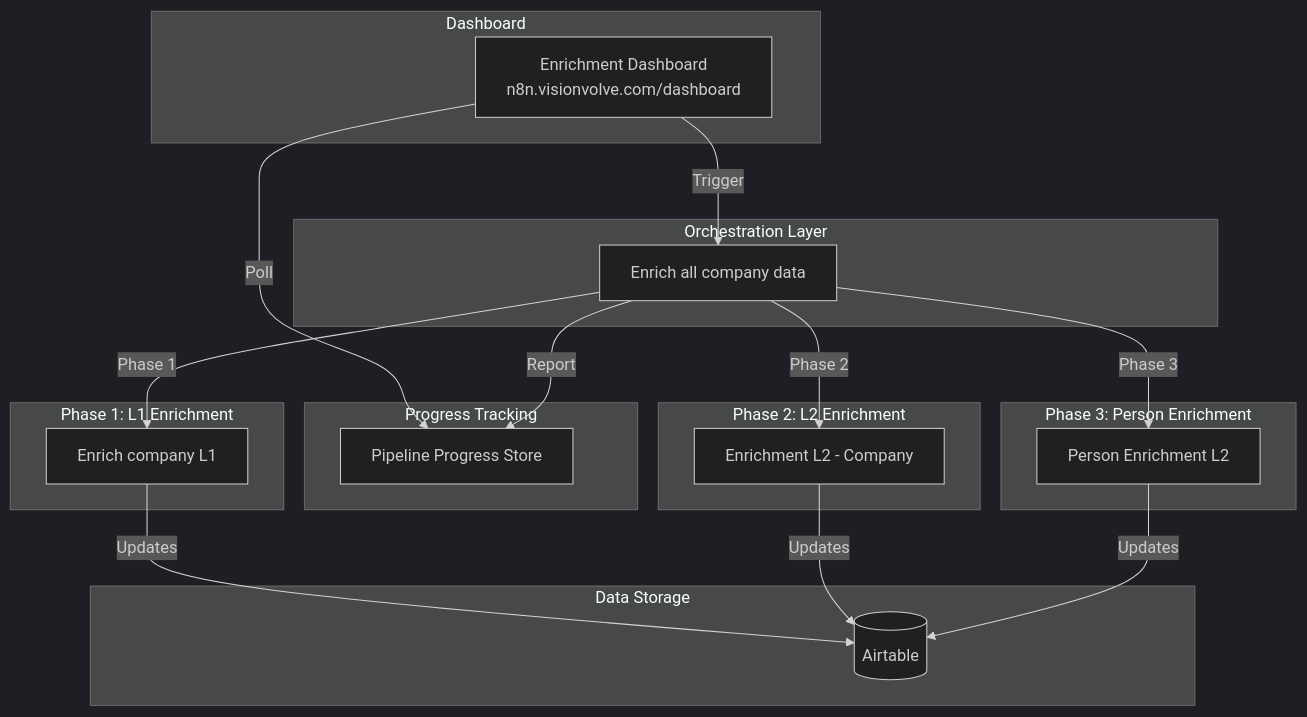
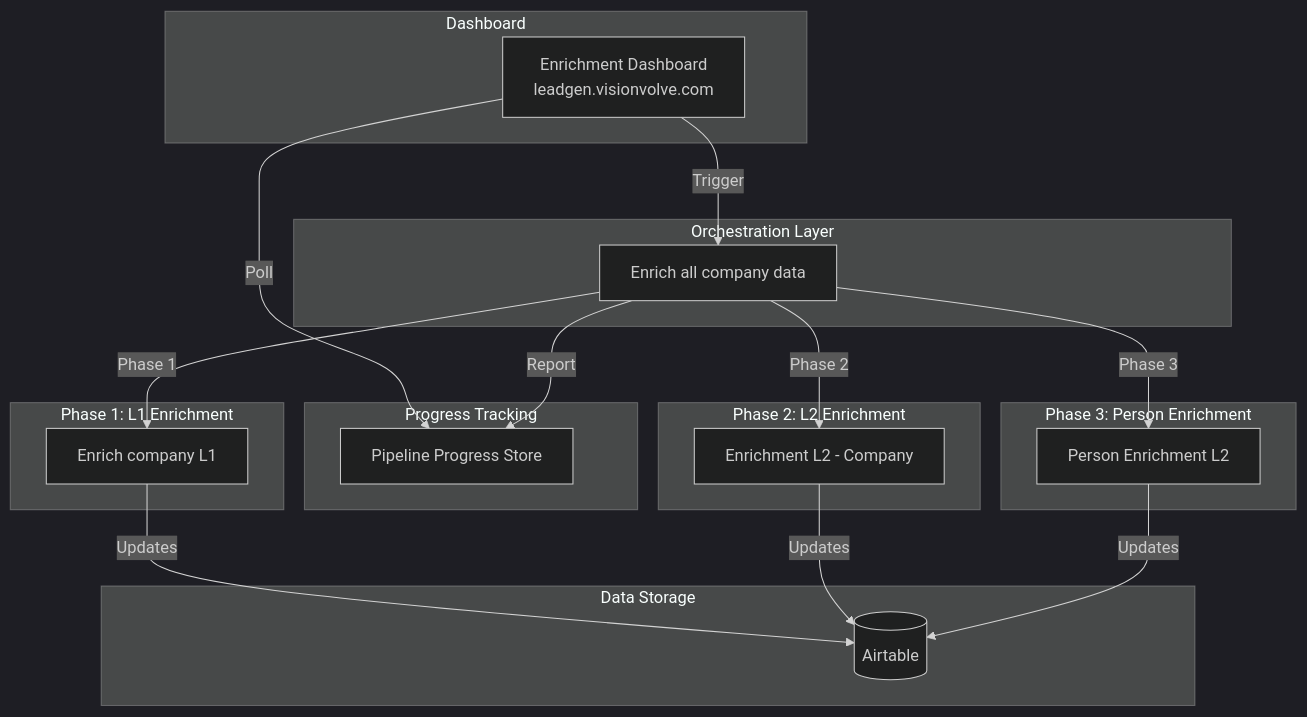
One commit to michallicko/leadgen changed the first of 9 diagrams in WORKFLOWS.md. Above: the diagram before and after it, drawn with Mermaid (dark theme). The commit also changed other lines of this file and 5 other files, not shown here.

````diff
--- a/WORKFLOWS.md
+++ b/WORKFLOWS.md
@@ -7,40 +7,40 @@
 ```mermaid
 flowchart TB
     subgraph Dashboard["Dashboard"]
-        DASH[Enrichment Dashboard<br/>n8n.visionvolve.com/dashboard]
+        DASH[Enrichment Dashboard<br/>leadgen.visionvolve.com]
     end
 
     subgraph Orchestration["Orchestration Layer"]
         EACD[Enrich all company data]
     end
 
     subgraph Progress["Progress Tracking"]
         PPS[Pipeline Progress Store]
     end
 
     subgraph L1["Phase 1: L1 Enrichment"]
         ECL1[Enrich company L1]
     end
 
     subgraph L2["Phase 2: L2 Enrichment"]
         EL2C[Enrichment L2 - Company]
     end
 
     subgraph L3["Phase 3: Person Enrichment"]
         PEL2[Person Enrichment L2]
     end
 
     subgraph Storage["Data Storage"]
         AT[(Airtable)]
     end
 
     DASH -->|"Trigger"| EACD
     DASH -->|"Poll"| PPS
     EACD -->|"Report"| PPS
     EACD -->|"Phase 1"| ECL1
     EACD -->|"Phase 2"| EL2C
     EACD -->|"Phase 3"| PEL2
     ECL1 -->|"Updates"| AT
     EL2C -->|"Updates"| AT
     PEL2 -->|"Updates"| AT
 ```
````
